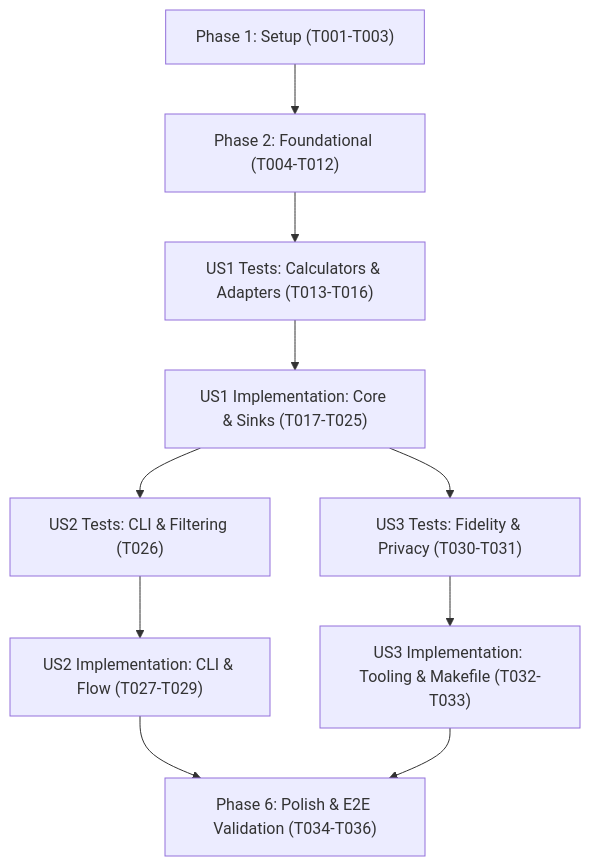
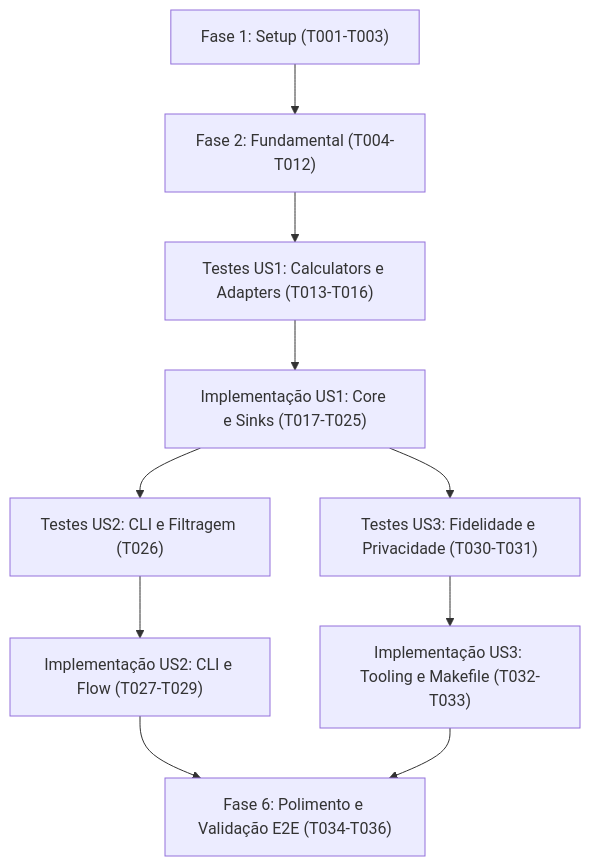
Before and after one commit to RafaelDeps/indicadores_ifes: the diagram in specs/008-python-hexagonal-etl/tasks.md, drawn with Mermaid. The commit also changed other lines of this file and 35 other files, not shown here.

````diff
--- a/specs/008-python-hexagonal-etl/tasks.md
+++ b/specs/008-python-hexagonal-etl/tasks.md
@@ -135,12 +135,12 @@
 ```mermaid
 flowchart TD
-    Setup["Phase 1: Setup (T001-T003)"] --> Foundational["Phase 2: Foundational (T004-T012)"]
-    Foundational --> US1_Tests["US1 Tests: Calculators & Adapters (T013-T016)"]
-    US1_Tests --> US1_Impl["US1 Implementation: Core & Sinks (T017-T025)"]
-    US1_Impl --> US2_Tests["US2 Tests: CLI & Filtering (T026)"]
-    US2_Tests --> US2_Impl["US2 Implementation: CLI & Flow (T027-T029)"]
-    US1_Impl --> US3_Tests["US3 Tests: Fidelity & Privacy (T030-T031)"]
-    US3_Tests --> US3_Impl["US3 Implementation: Tooling & Makefile (T032-T033)"]
-    US2_Impl --> Polish["Phase 6: Polish & E2E Validation (T034-T036)"]
+    Setup["Fase 1: Setup (T001-T003)"] --> Foundational["Fase 2: Fundamental (T004-T012)"]
+    Foundational --> US1_Tests["Testes US1: Calculators e Adapters (T013-T016)"]
+    US1_Tests --> US1_Impl["Implementação US1: Core e Sinks (T017-T025)"]
+    US1_Impl --> US2_Tests["Testes US2: CLI e Filtragem (T026)"]
+    US2_Tests --> US2_Impl["Implementação US2: CLI e Flow (T027-T029)"]
+    US1_Impl --> US3_Tests["Testes US3: Fidelidade e Privacidade (T030-T031)"]
+    US3_Tests --> US3_Impl["Implementação US3: Tooling e Makefile (T032-T033)"]
+    US2_Impl --> Polish["Fase 6: Polimento e Validação E2E (T034-T036)"]
     US3_Impl --> Polish
 ```
````
